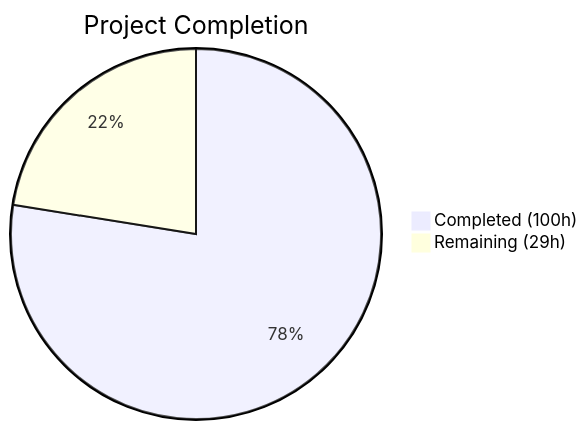
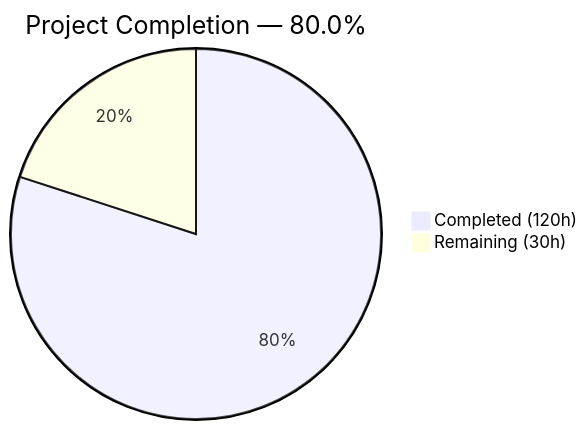
One commit to Blitzy-Sandbox/blitzy-cal changed the first of 3 diagrams in blitzy/documentation/Project Guide.md. Above: the diagram before and after it, drawn with Mermaid. The commit also changed other lines of this file, not shown here.

Commit message:
Adding Blitzy Project Guide: Project Status and Human Tasks Remaining

````diff
--- a/blitzy/documentation/Project Guide.md
+++ b/blitzy/documentation/Project Guide.md
@@ -13,5 +13,5 @@
 ```mermaid
-pie title Project Completion
-    "Completed (100h)" : 100
-    "Remaining (29h)" : 29
+pie title Project Completion — 80.0%
+    "Completed (120h)" : 120
+    "Remaining (30h)" : 30
 ```
````
